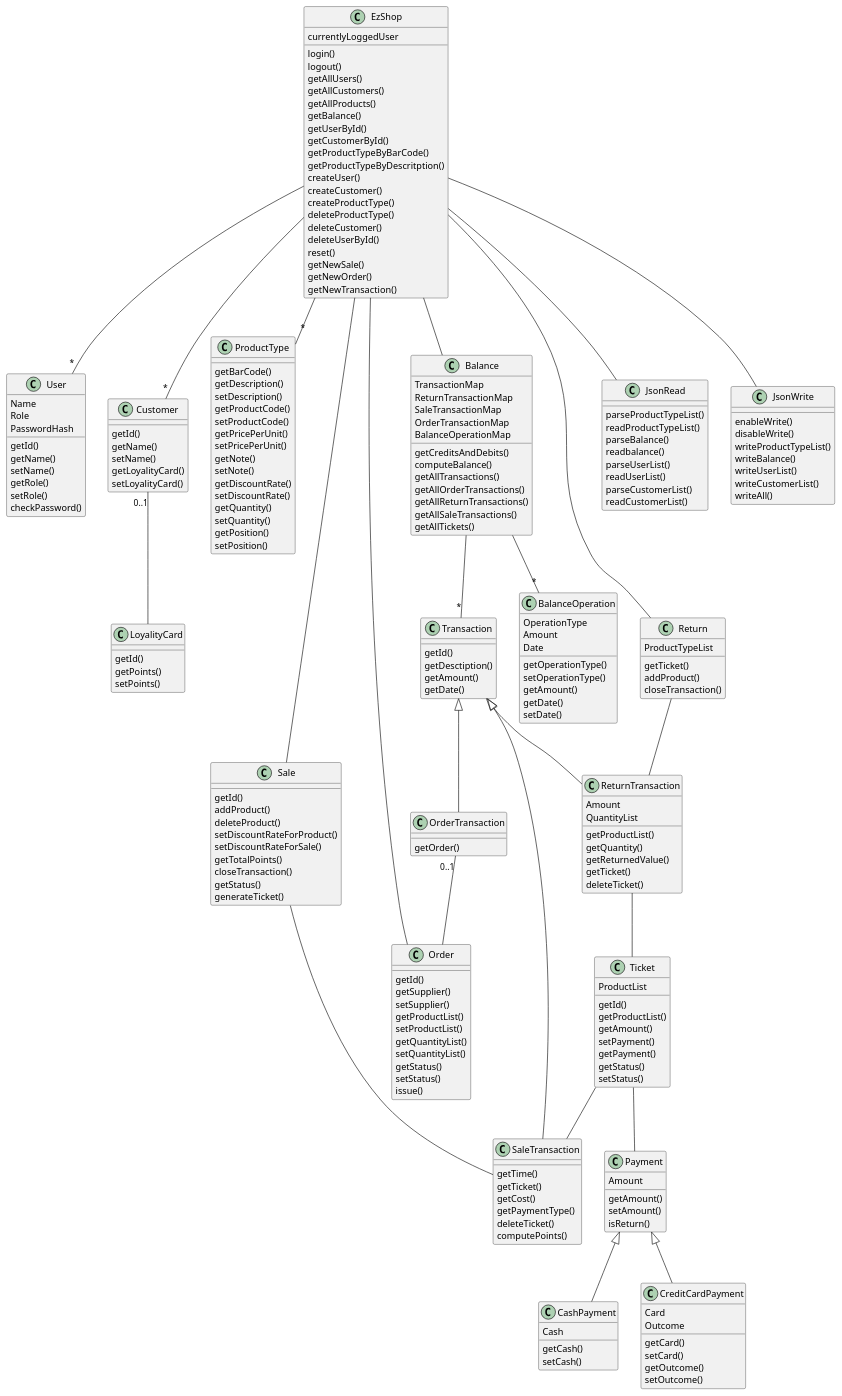
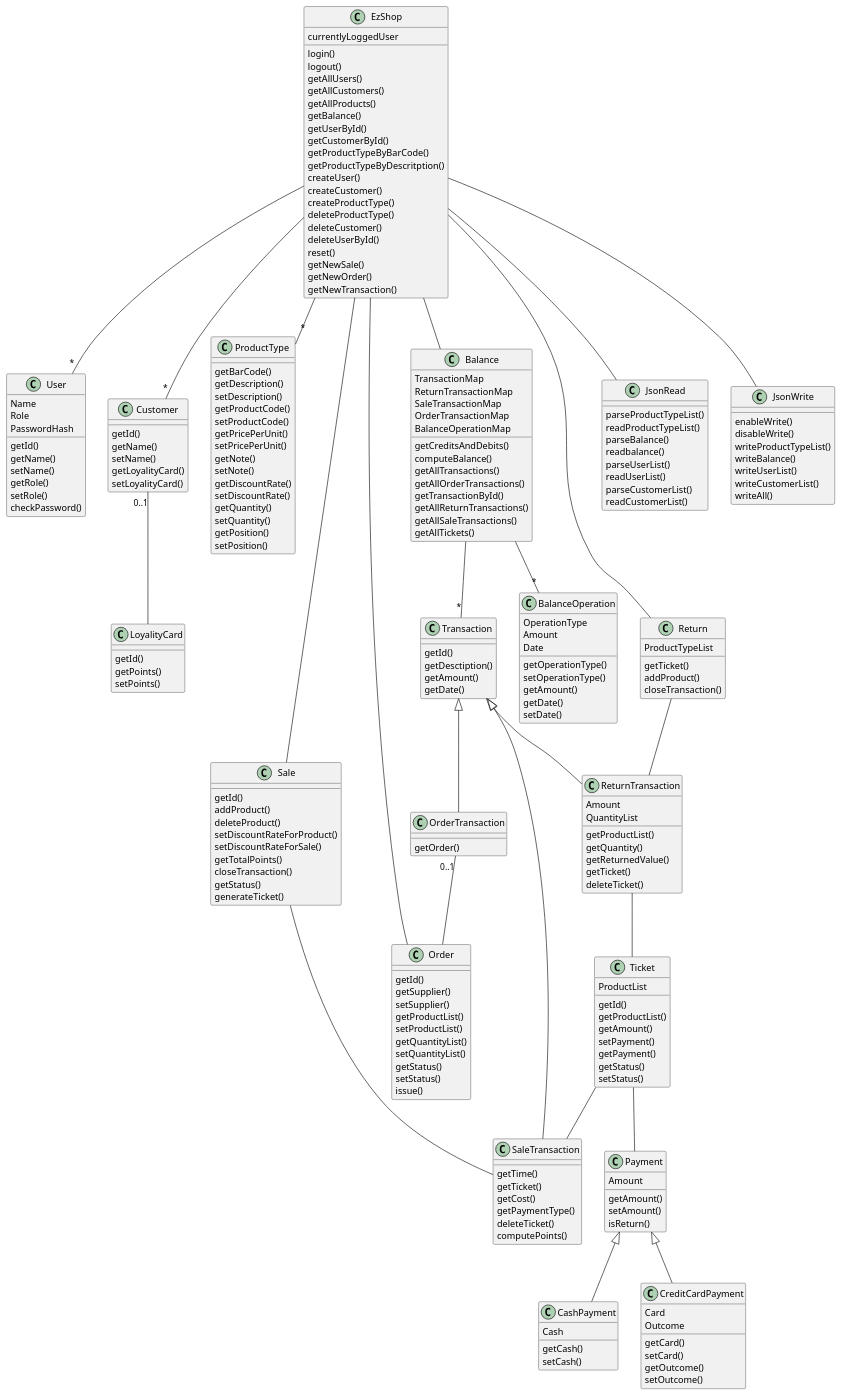
One commit to paolotron/EzshoProject31 changed the second of 2 diagrams in Deliverables/DesignDocument.md. Above: the diagram before and after it, drawn with PlantUML.

```diff
--- a/Deliverables/DesignDocument.md
+++ b/Deliverables/DesignDocument.md
@@ -214,6 +214,7 @@
     computeBalance()
     getAllTransactions()
     getAllOrderTransactions()
+    getTransactionById()
     getAllReturnTransactions()
     getAllSaleTransactions()
     getAllTickets()
```
